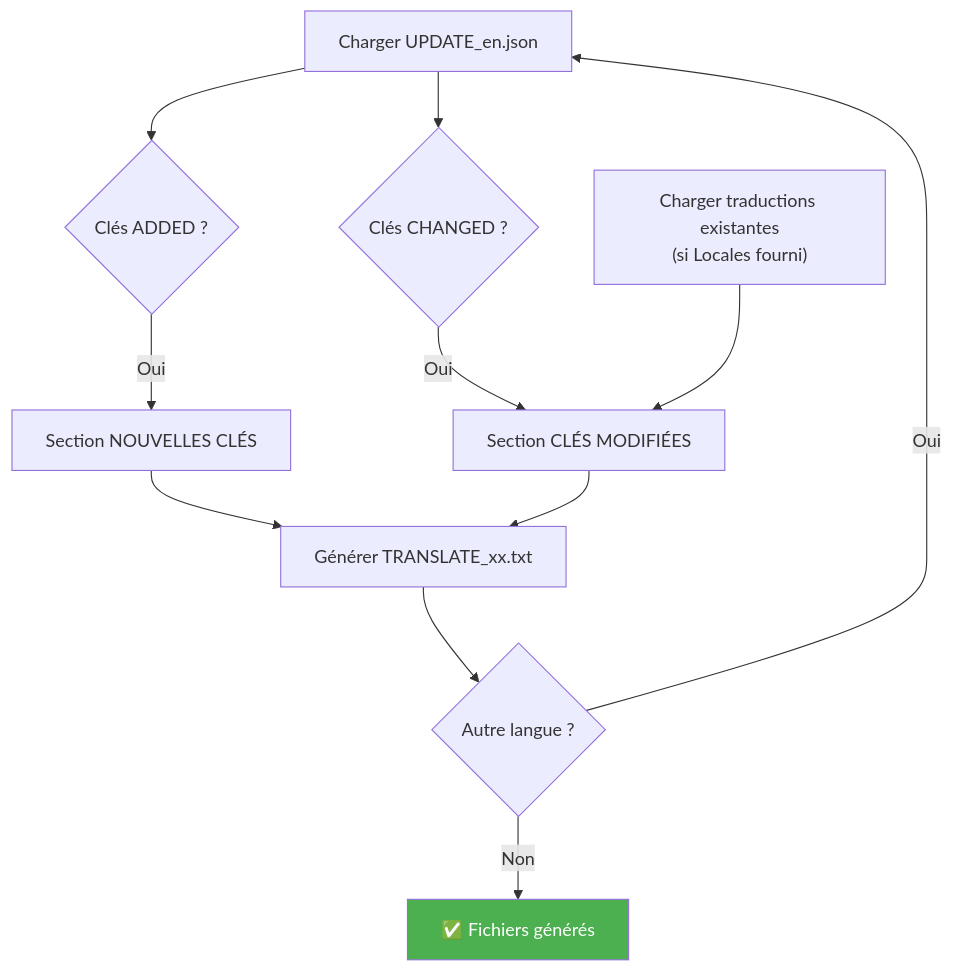
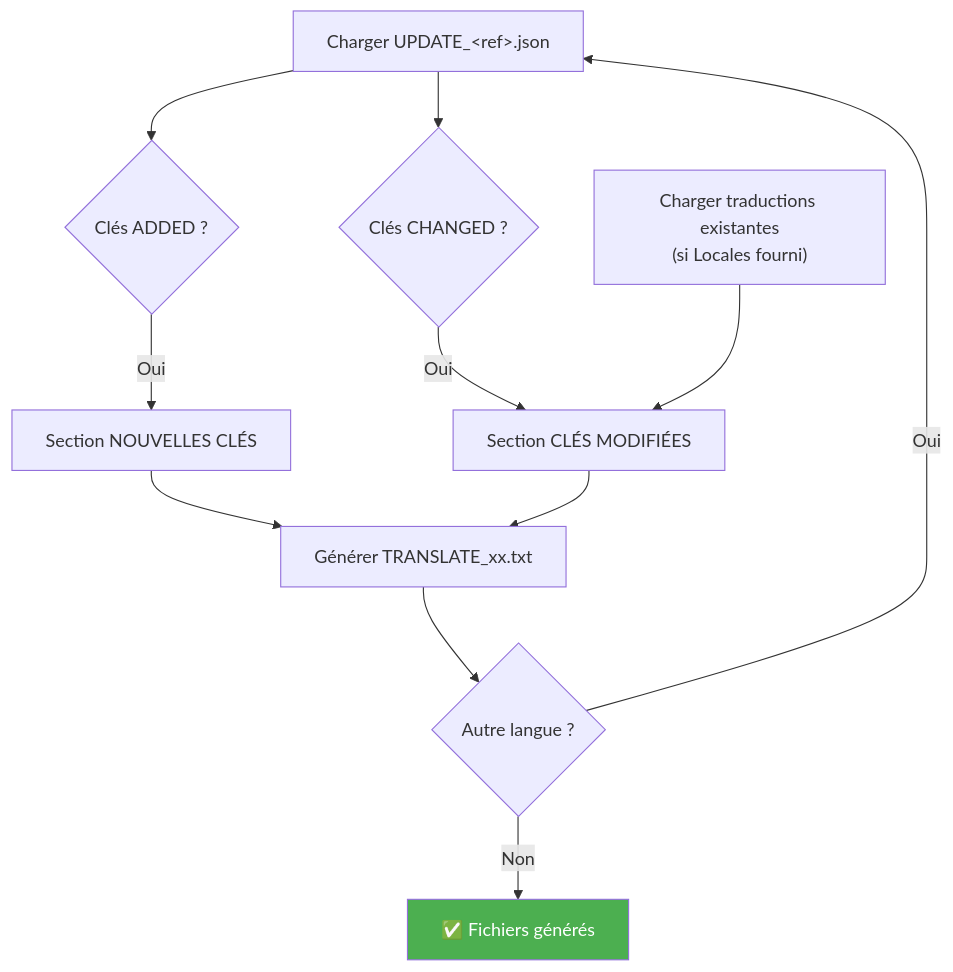
Before and after one commit to Gotcha26/Adobe_Lightroom_Translation_Plugins_Kit: the second of 2 diagrams in tools/translator/__doc__/fr/commandes/EXTRACT.md, drawn with Mermaid. The commit also changed other lines of this file and 28 other files, not shown here.

````diff
--- a/tools/translator/__doc__/fr/commandes/EXTRACT.md
+++ b/tools/translator/__doc__/fr/commandes/EXTRACT.md
@@ -53,19 +53,19 @@
 ```mermaid
 flowchart TD
-    A["Charger UPDATE_en.json"] --> B{"Clés ADDED ?"}
+    A["Charger UPDATE_&lt;ref&gt;.json"] --> B{"Clés ADDED ?"}
     B -->|Oui| C["Section NOUVELLES CLÉS"]
 
     A --> D{"Clés CHANGED ?"}
     D -->|Oui| E["Section CLÉS MODIFIÉES"]
 
     F["Charger traductions existantes<br/>(si Locales fourni)"] --> E
 
     C --> G["Générer TRANSLATE_xx.txt"]
     E --> G
 
     G --> H{"Autre langue ?"}
     H -->|Oui| A
     H -->|Non| I["✅ Fichiers générés"]
 
     style I fill:#4CAF50,color:#fff
 ```
````
